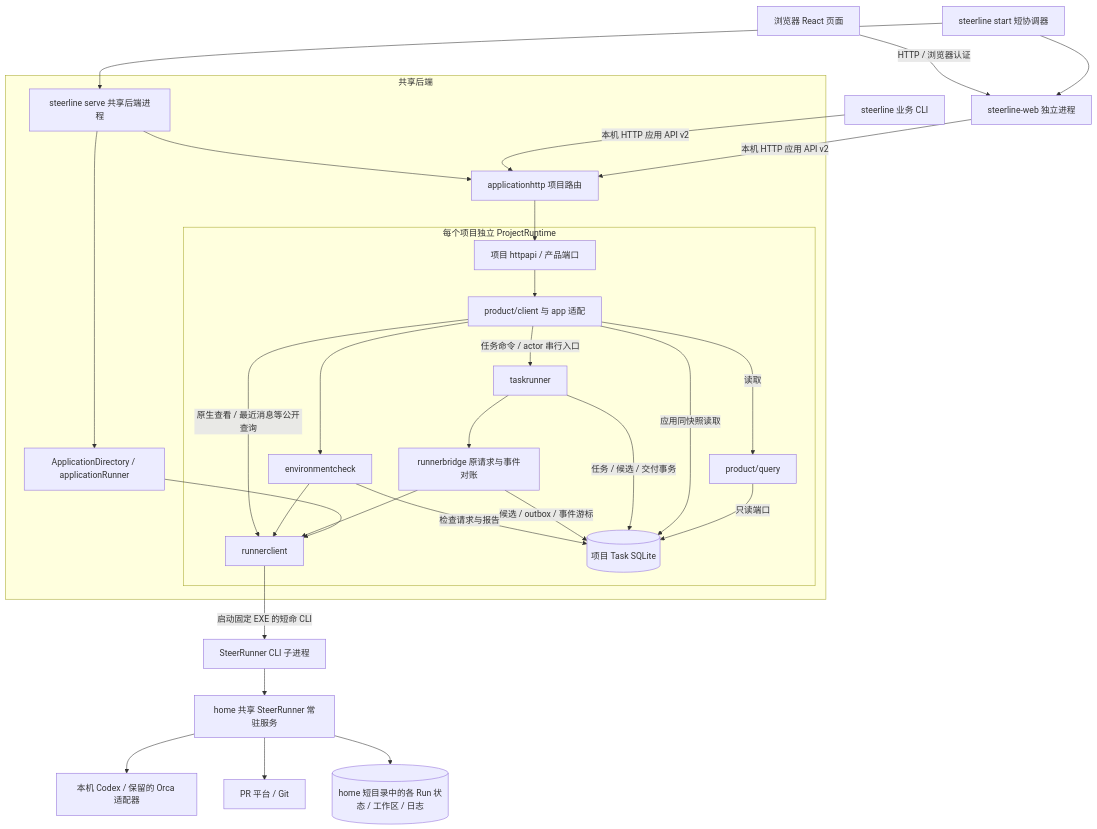
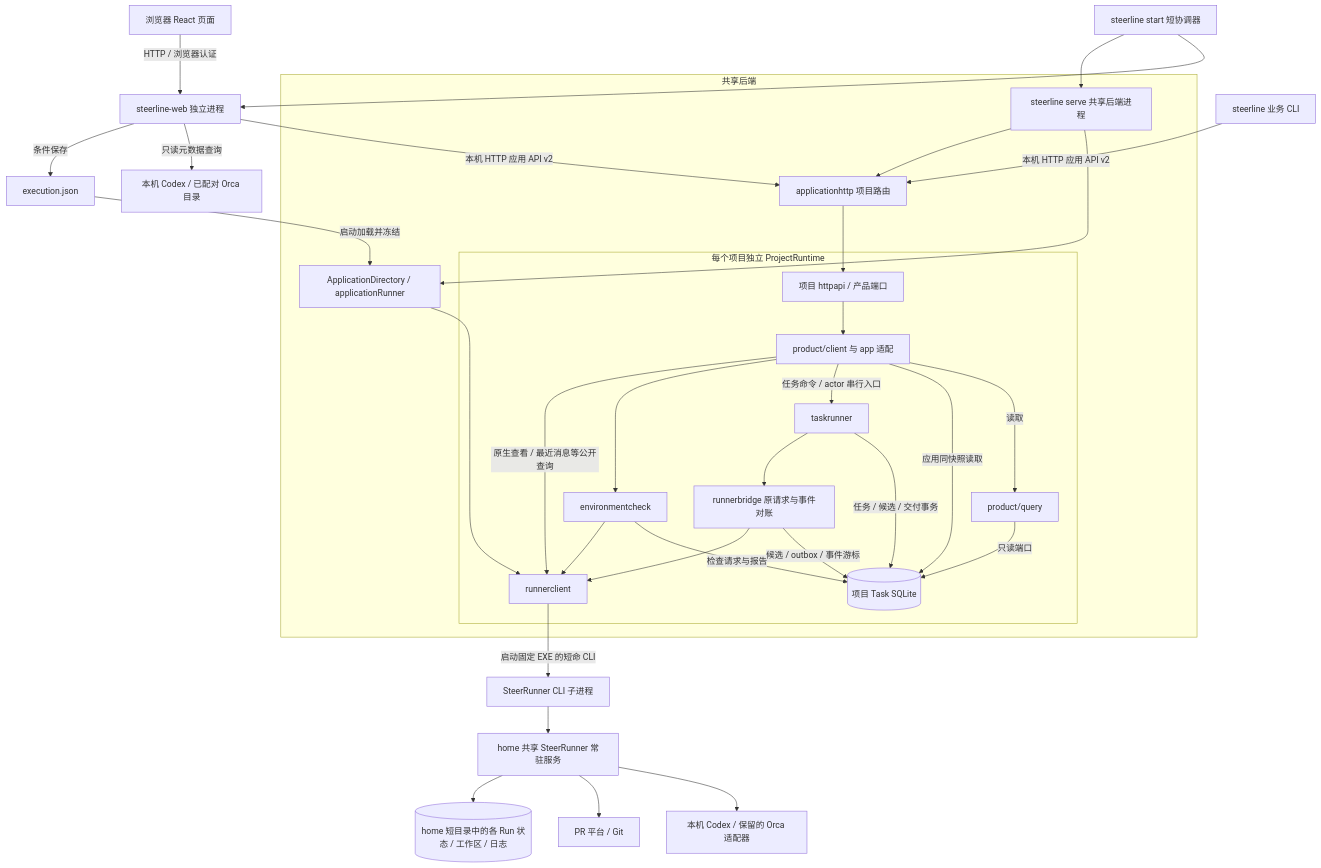
Before and after one commit to erranliu/SteerLine: the first of 3 diagrams in docs/architecture/current-code-architecture.md, drawn with Mermaid. The commit also changed other lines of this file and 61 other files, not shown here.

Commit message:
feat(web): manage execution profiles and native capability catalogs

````diff
--- a/docs/architecture/current-code-architecture.md
+++ b/docs/architecture/current-code-architecture.md
@@ -13,34 +15,37 @@
 ```mermaid
 flowchart TB
     Start[steerline start 短协调器] --> Web[steerline-web 独立进程]
     Start --> Serve[steerline serve 共享后端进程]
     Browser[浏览器 React 页面] -->|HTTP / 浏览器认证| Web
     Web -->|本机 HTTP 应用 API v2| Router
+    Web -->|只读元数据查询| Catalog[本机 Codex / 已配对 Orca 目录]
+    Web -->|条件保存| ConfigFile[execution.json]
+    ConfigFile -->|启动加载并冻结| Owner
     CLI[steerline 业务 CLI] -->|本机 HTTP 应用 API v2| Router
     subgraph Backend[共享后端]
         Serve --> Owner[ApplicationDirectory / applicationRunner]
         Owner --> RC
         Serve --> Router[applicationhttp 项目路由]
         Router --> Port[项目 httpapi / 产品端口]
         subgraph Project[每个项目独立 ProjectRuntime]
             Port --> Product[product/client 与 app 适配]
             Product -->|读取| Query[product/query]
             Query -->|只读端口| DB[(项目 Task SQLite)]
             Product -->|应用同快照读取| DB
             Product -->|任务命令 / actor 串行入口| Actor[taskrunner]
             Actor -->|任务 / 候选 / 交付事务| DB
             Actor --> Bridge[runnerbridge 原请求与事件对账]
             Bridge -->|候选 / outbox / 事件游标| DB
             Product --> Check[environmentcheck]
             Check -->|检查请求与报告| DB
             Bridge --> RC[runnerclient]
             Check --> RC
             Product -->|原生查看 / 最近消息等公开查询| RC
         end
     end
     RC -->|启动固定 EXE 的短命 CLI| RunnerCLI[SteerRunner CLI 子进程]
     RunnerCLI --> Runner[home 共享 SteerRunner 常驻服务]
     Runner --> Native[本机 Codex / 保留的 Orca 适配器]
     Runner --> PR[PR 平台 / Git]
     Runner --> RunnerState[(home 短目录中的各 Run 状态 / 工作区 / 日志)]
 ```
````
